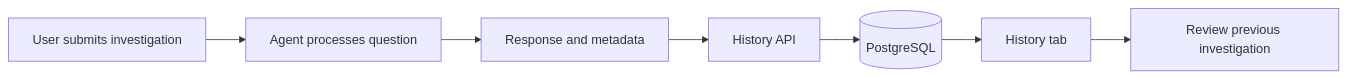
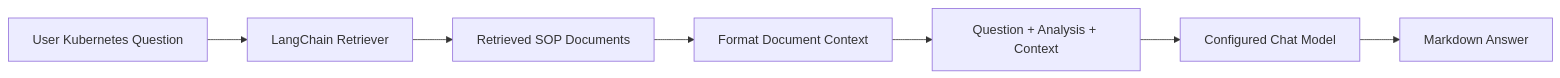
One commit to Hearsch-devops/Kube-InsightAI-Agentv2 changed the third of 4 diagrams in README.md. Above: the diagram before and after it, drawn with Mermaid. The commit also changed other lines of this file, not shown here.

Commit message:
docs: add Mermaid diagram preview instructions to README

````diff
--- a/README.md
+++ b/README.md
@@ -364,9 +412,12 @@
 ``` mermaid
 flowchart LR
-    A[User submits investigation] --> B[Agent processes question]
-    B --> C[Response and metadata]
-    C --> D[History API]
-    D --> E[(PostgreSQL)]
-    E --> F[History tab]
-    F --> G[Review previous investigation]
+    Q[User Kubernetes Question]
+    R[LangChain Retriever]
+    DOCS[Retrieved SOP Documents]
+    FORMAT[Format Document Context]
+    PROMPT[Question + Analysis + Context]
+    LLM[Configured Chat Model]
+    A[Markdown Answer]
+
+    Q --> R --> DOCS --> FORMAT --> PROMPT --> LLM --> A
 ```
````
